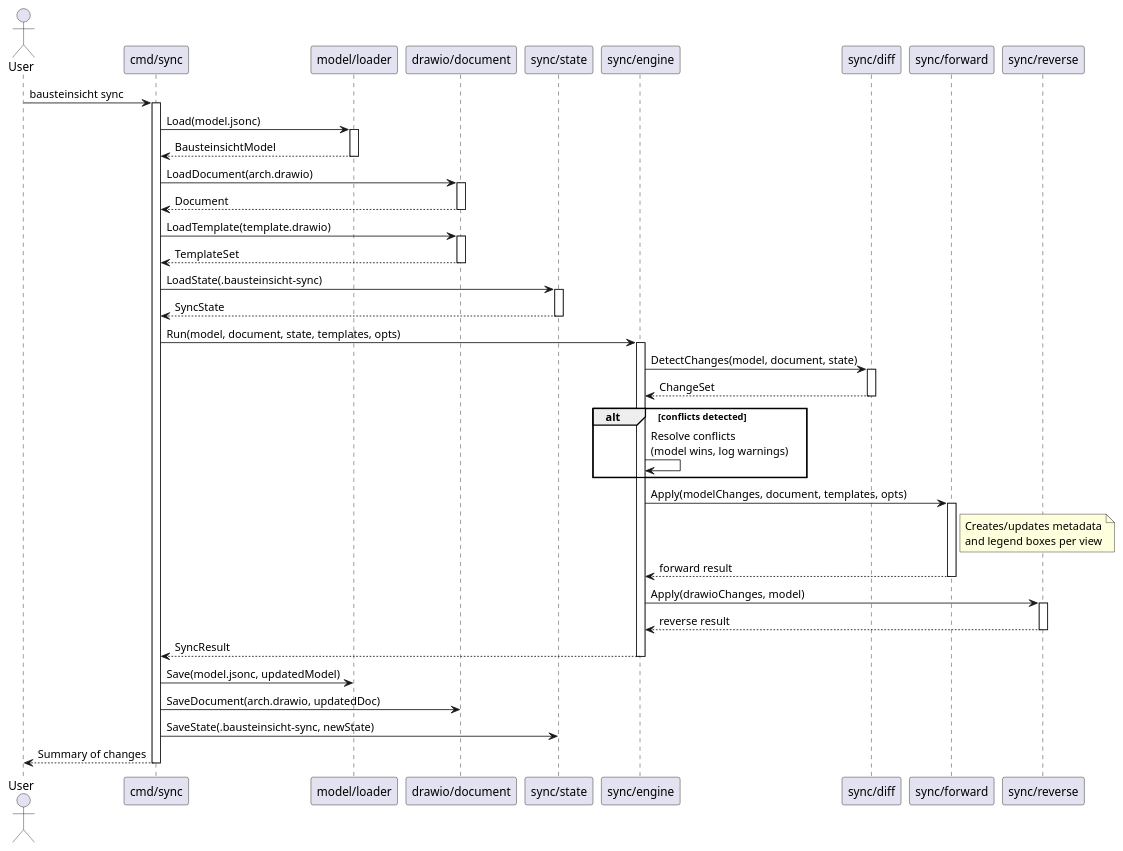
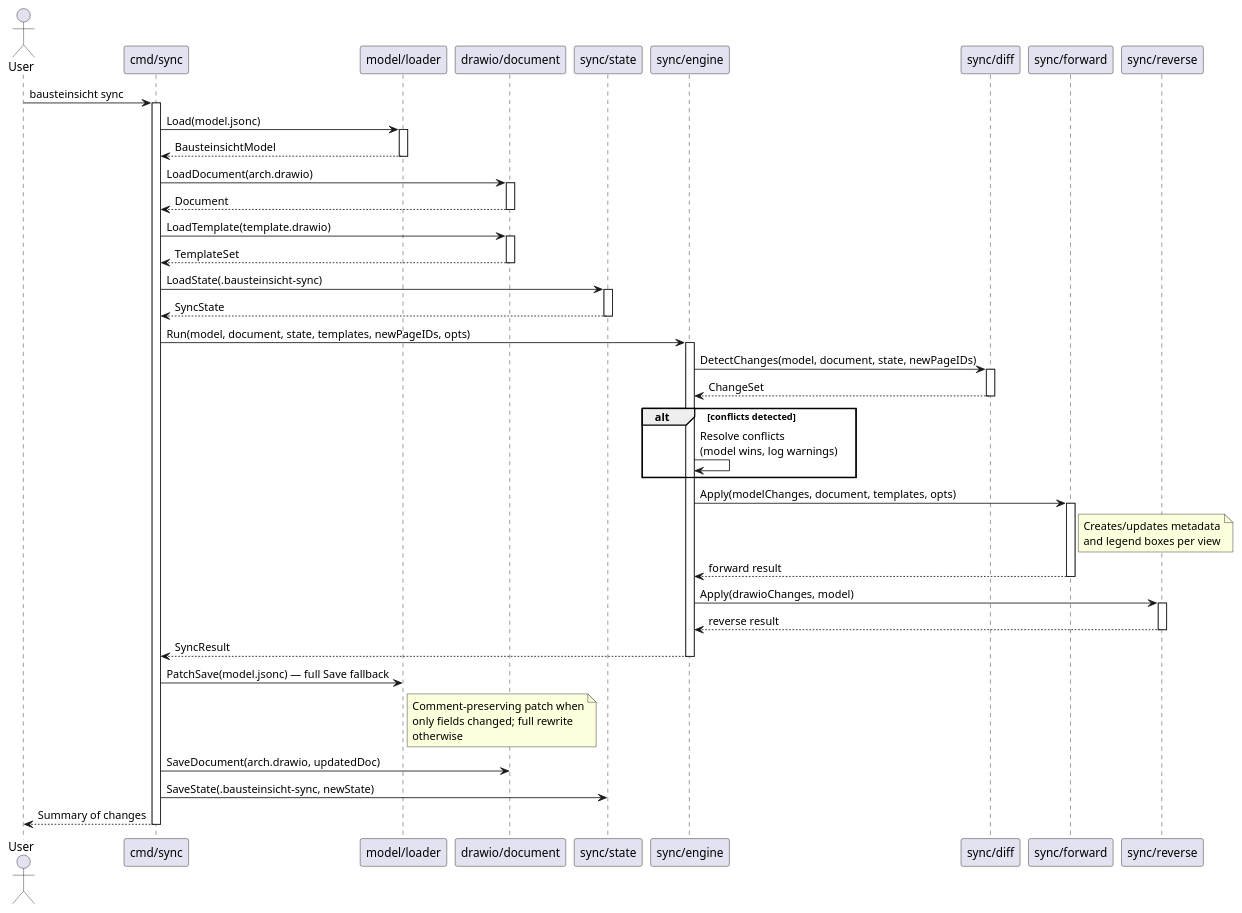
The first of 8 diagrams in src/docs/arc42/chapters/06_runtime_view.adoc (docToolchain/Bausteinsicht), drawn with PlantUML before and after one commit. The commit also changed other lines of this file, not shown here.

```diff
--- a/src/docs/arc42/chapters/06_runtime_view.adoc
+++ b/src/docs/arc42/chapters/06_runtime_view.adoc
@@ -17,73 +17,74 @@
 [plantuml, runtime-sync, png]
 ....
 @startuml
 skinparam shadowing false
 
 actor User
 participant "cmd/sync" as cmd
 participant "model/loader" as loader
 participant "drawio/document" as doc
 participant "sync/state" as state
 participant "sync/engine" as engine
 participant "sync/diff" as diff
 participant "sync/forward" as fwd
 participant "sync/reverse" as rev
 
 User -> cmd : bausteinsicht sync
 activate cmd
 
 cmd -> loader : Load(model.jsonc)
 activate loader
 loader --> cmd : BausteinsichtModel
 deactivate loader
 
 cmd -> doc : LoadDocument(arch.drawio)
 activate doc
 doc --> cmd : Document
 deactivate doc
 
 cmd -> doc : LoadTemplate(template.drawio)
 activate doc
 doc --> cmd : TemplateSet
 deactivate doc
 
 cmd -> state : LoadState(.bausteinsicht-sync)
 activate state
 state --> cmd : SyncState
 deactivate state
 
-cmd -> engine : Run(model, document, state, templates, opts)
+cmd -> engine : Run(model, document, state, templates, newPageIDs, opts)
 activate engine
 
-engine -> diff : DetectChanges(model, document, state)
+engine -> diff : DetectChanges(model, document, state, newPageIDs)
 activate diff
 diff --> engine : ChangeSet
 deactivate diff
 
 alt conflicts detected
   engine -> engine : Resolve conflicts\n(model wins, log warnings)
 end
 
 engine -> fwd : Apply(modelChanges, document, templates, opts)
 activate fwd
 note right of fwd : Creates/updates metadata\nand legend boxes per view
 fwd --> engine : forward result
 deactivate fwd
 
 engine -> rev : Apply(drawioChanges, model)
 activate rev
 rev --> engine : reverse result
 deactivate rev
 
 engine --> cmd : SyncResult
 deactivate engine
 
-cmd -> loader : Save(model.jsonc, updatedModel)
+cmd -> loader : PatchSave(model.jsonc) — full Save fallback
+note right of loader : Comment-preserving patch when\nonly fields changed; full rewrite\notherwise
 cmd -> doc : SaveDocument(arch.drawio, updatedDoc)
 cmd -> state : SaveState(.bausteinsicht-sync, newState)
 
 cmd --> User : Summary of changes
 deactivate cmd
 
 @enduml
 ....
```
